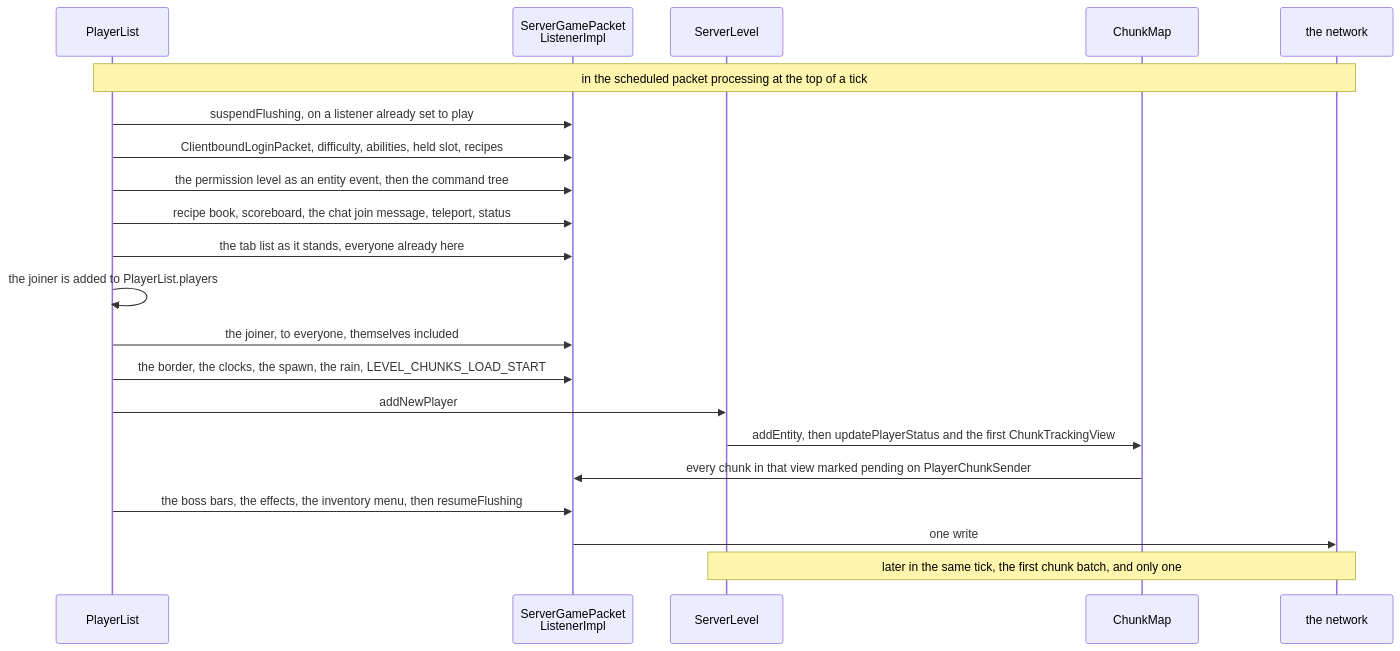
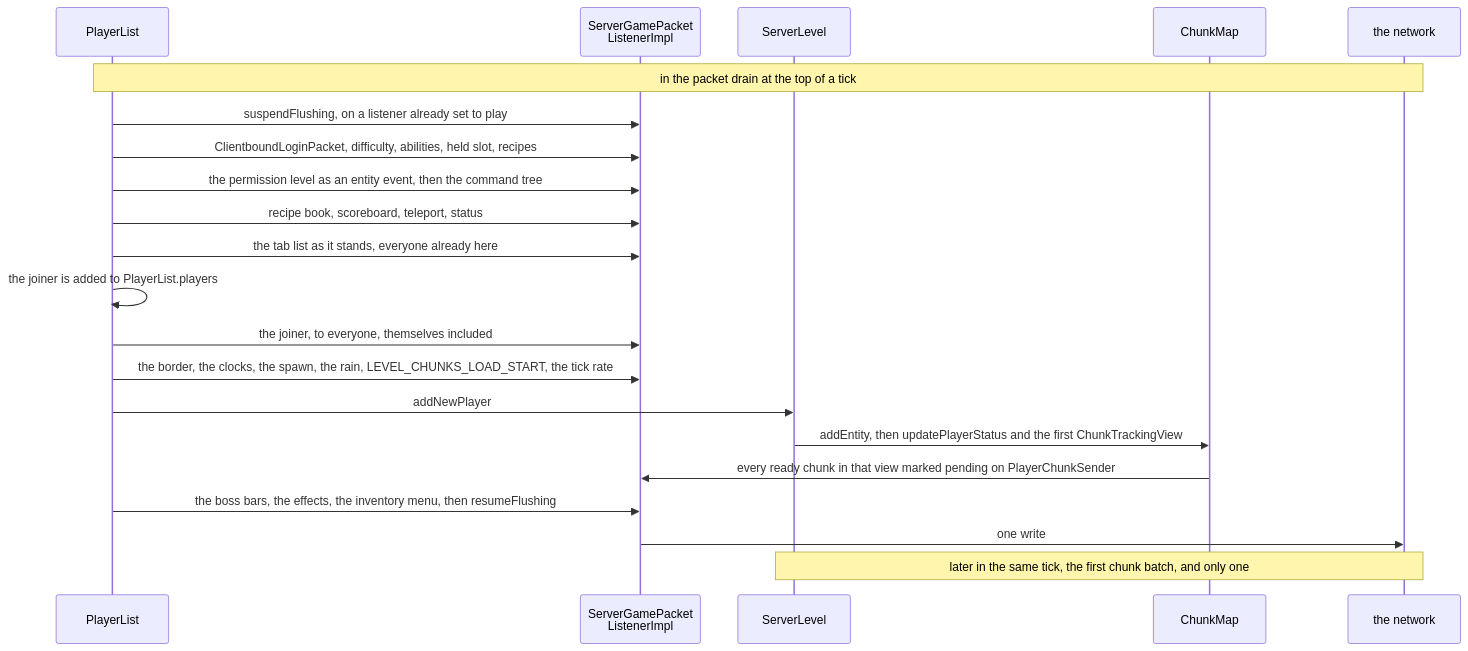
Before and after one commit to AlexanderjFraser/MinecraftDocs: the second of 2 diagrams in src/systems/server/players-and-sessions.md, drawn with Mermaid. The commit also changed other lines of this file and 15 other files, not shown here.

````diff
--- a/src/systems/server/players-and-sessions.md
+++ b/src/systems/server/players-and-sessions.md
@@ -206,24 +211,24 @@
 ```mermaid
 sequenceDiagram
     participant PL as PlayerList
     participant SGPL as ServerGamePacket<br/>ListenerImpl
     participant SL as ServerLevel
     participant CM as ChunkMap
     participant Wire as the network
 
-    Note over PL,Wire: in the scheduled packet processing at the top of a tick
+    Note over PL,Wire: in the packet drain at the top of a tick
     PL->>SGPL: suspendFlushing, on a listener already set to play
     PL->>SGPL: ClientboundLoginPacket, difficulty, abilities, held slot, recipes
     PL->>SGPL: the permission level as an entity event, then the command tree
-    PL->>SGPL: recipe book, scoreboard, the chat join message, teleport, status
+    PL->>SGPL: recipe book, scoreboard, teleport, status
     PL->>SGPL: the tab list as it stands, everyone already here
     PL->>PL: the joiner is added to PlayerList.players
     PL->>SGPL: the joiner, to everyone, themselves included
-    PL->>SGPL: the border, the clocks, the spawn, the rain, LEVEL_CHUNKS_LOAD_START
+    PL->>SGPL: the border, the clocks, the spawn, the rain, LEVEL_CHUNKS_LOAD_START, the tick rate
     PL->>SL: addNewPlayer
     SL->>CM: addEntity, then updatePlayerStatus and the first ChunkTrackingView
-    CM->>SGPL: every chunk in that view marked pending on PlayerChunkSender
+    CM->>SGPL: every ready chunk in that view marked pending on PlayerChunkSender
     PL->>SGPL: the boss bars, the effects, the inventory menu, then resumeFlushing
     SGPL->>Wire: one write
     Note over SL,Wire: later in the same tick, the first chunk batch, and only one
 ```
````
